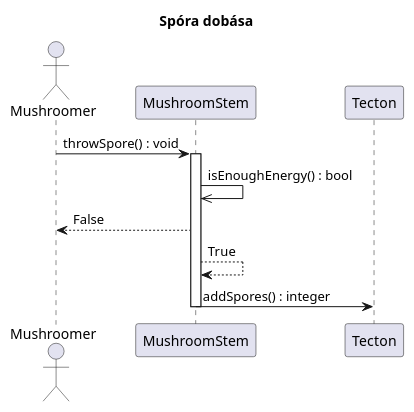
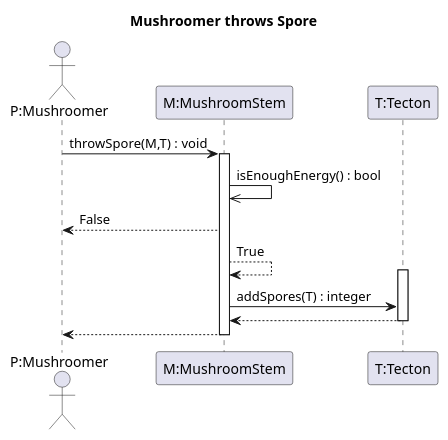
Before and after one commit to Petya-G/fungorium: the diagram in 3/sequence/throwSpore.puml, drawn with PlantUML. The commit also changed 7 other files, not shown here.

Commit message:
level up diagram + I fixed throw spore diagram

```diff
--- a/3/sequence/throwSpore.puml
+++ b/3/sequence/throwSpore.puml
@@ -1,13 +1,22 @@
 @startuml startTurn_mushroomer
 
-title Spóra dobása
-actor Mushroomer
-Mushroomer -> MushroomStem: throwSpore() : void
-activate MushroomStem
-MushroomStem ->> MushroomStem: isEnoughEnergy() : bool
-MushroomStem --> Mushroomer: False
-MushroomStem --> MushroomStem: True
-MushroomStem -> Tecton : addSpores() : integer
-deactivate MushroomStem
+title Mushroomer throws Spore
+
+
+actor "P:Mushroomer" as P
+participant "M:MushroomStem" as M
+participant "T:Tecton" as T
+
+P -> M: throwSpore(M,T) : void
+activate M
+M ->> M: isEnoughEnergy() : bool
+M --> P: False
+M --> M: True
+activate T
+M -> T : addSpores(T) : integer
+T --> M
+deactivate T
+M --> P
+deactivate M
 
 @enduml
```
